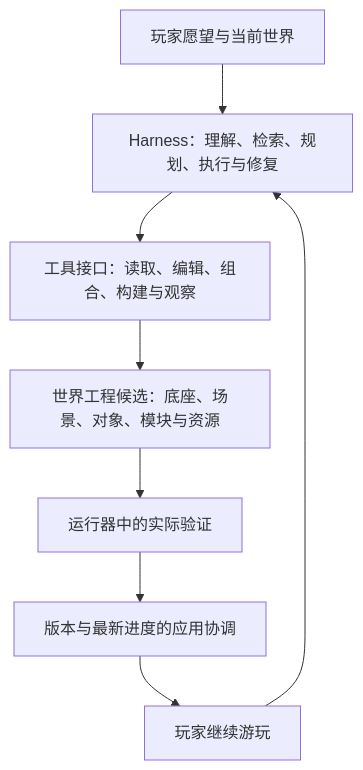
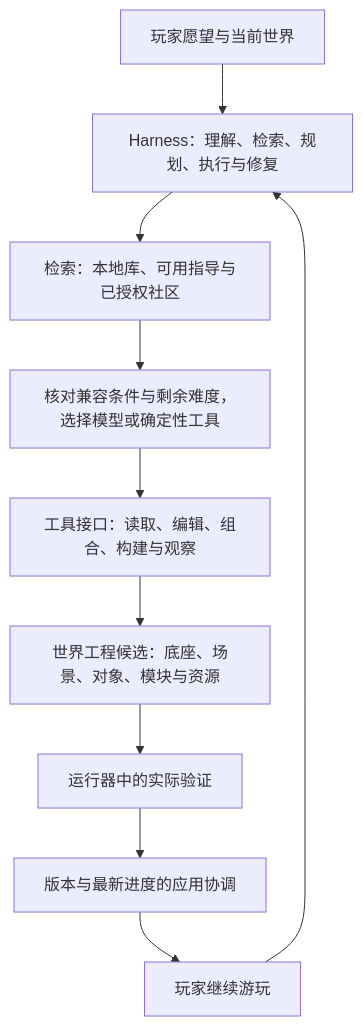
The first of 2 diagrams in docs/WISH_CDL_FRAMEWORK_AND_NORTH_STAR_PROPOSAL.md (snowsnow0926/craftmine-world), drawn with Mermaid before and after one commit. The commit also changed other lines of this file and 12 other files, not shown here.

````diff
--- a/docs/WISH_CDL_FRAMEWORK_AND_NORTH_STAR_PROPOSAL.md
+++ b/docs/WISH_CDL_FRAMEWORK_AND_NORTH_STAR_PROPOSAL.md
@@ -124,10 +136,12 @@
 ```mermaid
 flowchart TD
     U[玩家愿望与当前世界] --> H[Harness：理解、检索、规划、执行与修复]
-    H --> T[工具接口：读取、编辑、组合、构建与观察]
+    H --> R[检索：本地库、可用指导与已授权社区]
+    R --> D[核对兼容条件与剩余难度，选择模型或确定性工具]
+    D --> T[工具接口：读取、编辑、组合、构建与观察]
     T --> W[世界工程候选：底座、场景、对象、模块与资源]
     W --> V[运行器中的实际验证]
     V --> A[版本与最新进度的应用协调]
     A --> P[玩家继续游玩]
     P --> H
 ```
````
